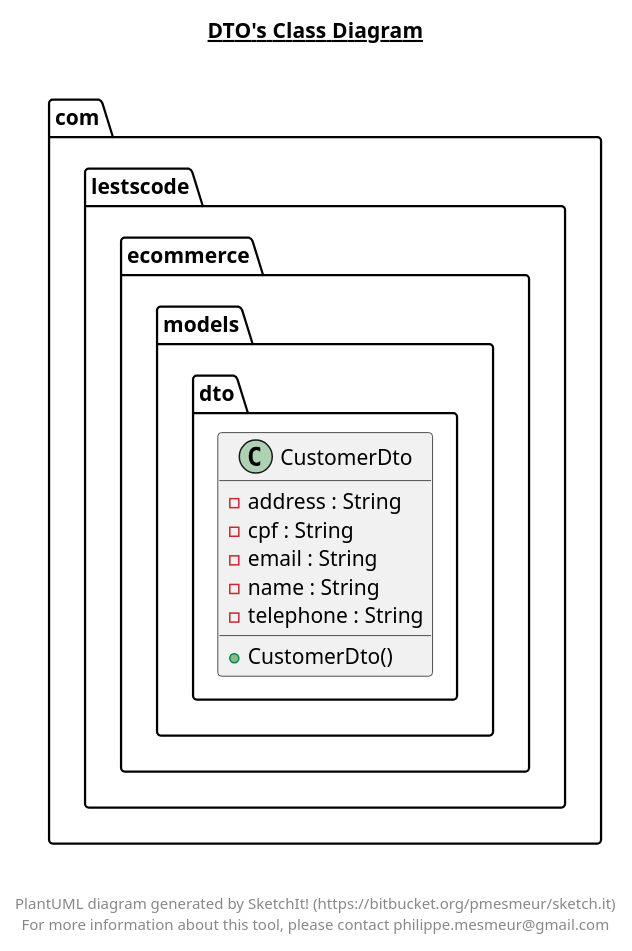
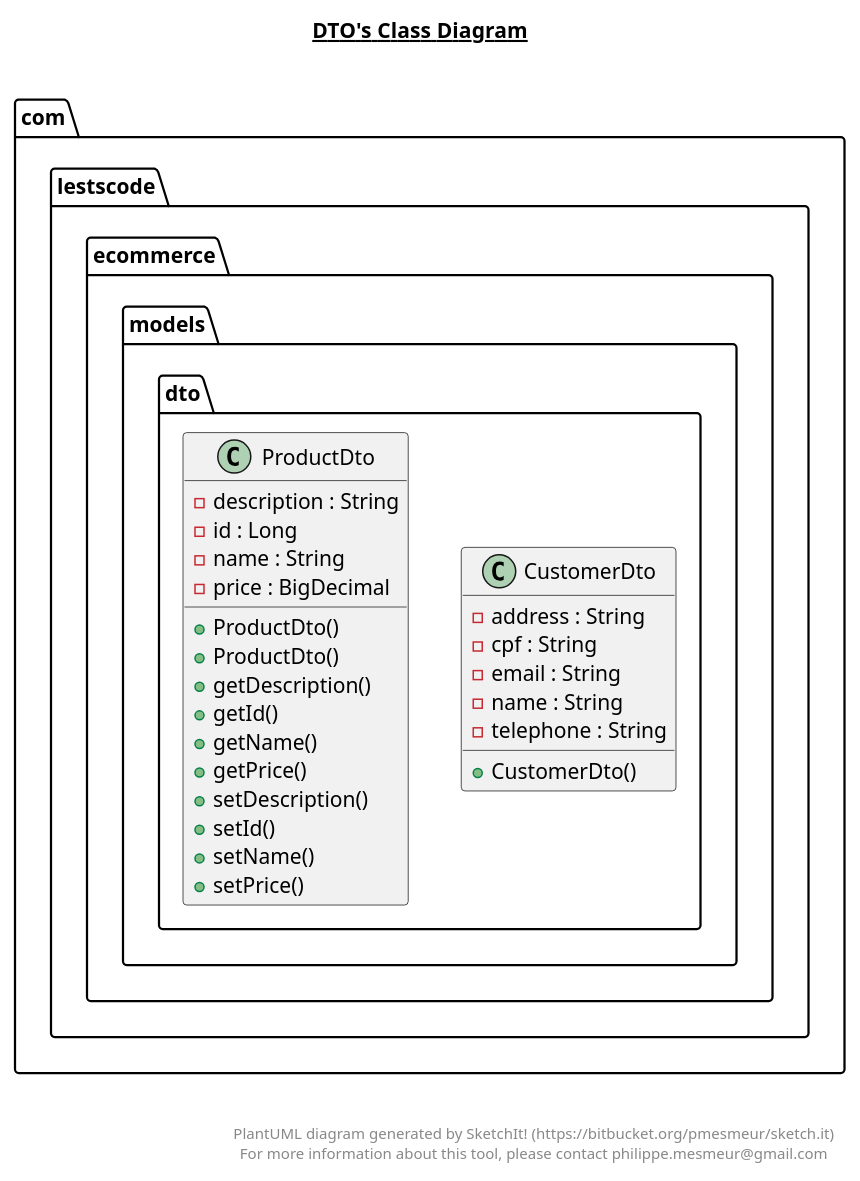
The diagram in src/main/java/com/lestscode/ecommerce/models/dto/dto.plantuml (heyder48/ecommerce), drawn with PlantUML before and after one commit. The commit also changed 18 other files, not shown here.

```diff
--- a/src/main/java/com/lestscode/ecommerce/models/dto/dto.plantuml
+++ b/src/main/java/com/lestscode/ecommerce/models/dto/dto.plantuml
@@ -1,30 +1,54 @@
 @startuml
 
 title __DTO's Class Diagram__\n
 
   namespace com.lestscode.ecommerce {
     namespace models {
       namespace dto {
         class com.lestscode.ecommerce.models.dto.CustomerDto {
             - address : String
             - cpf : String
             - email : String
             - name : String
             - telephone : String
             + CustomerDto()
         }
       }
     }
   }
   
 
+  namespace com.lestscode.ecommerce {
+    namespace models {
+      namespace dto {
+        class com.lestscode.ecommerce.models.dto.ProductDto {
+            - description : String
+            - id : Long
+            - name : String
+            - price : BigDecimal
+            + ProductDto()
+            + ProductDto()
+            + getDescription()
+            + getId()
+            + getName()
+            + getPrice()
+            + setDescription()
+            + setId()
+            + setName()
+            + setPrice()
+        }
+      }
+    }
+  }
+  
+
 
 
 right footer
 
 
 PlantUML diagram generated by SketchIt! (https://bitbucket.org/pmesmeur/sketch.it)
 For more information about this tool, please contact philippe.mesmeur@gmail.com
 endfooter
 
 @enduml
```
